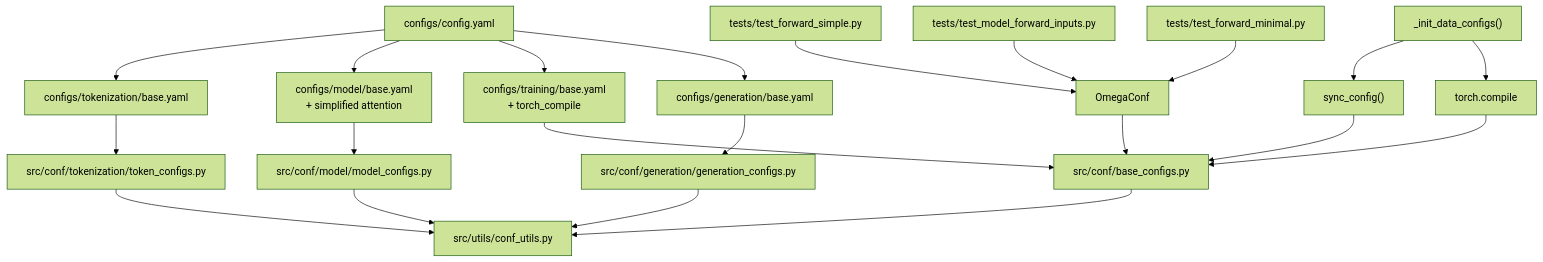
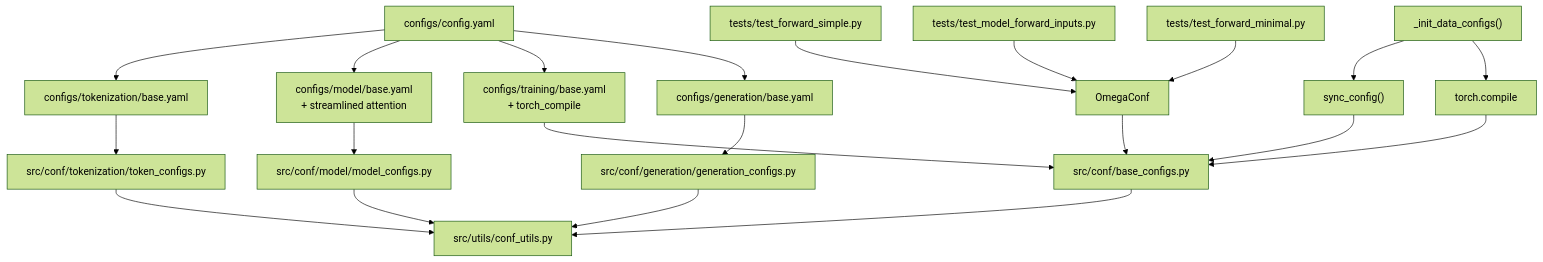
One commit to alibaba/graph-gpt changed diagram 12 of 12 in .qoder/repowiki/en/content/Configuration System/Configuration System.md. Above: the diagram before and after it, drawn with Mermaid (forest theme). The commit also changed other lines of this file and 6 other files, not shown here.

````diff
--- a/.qoder/repowiki/en/content/Configuration System/Configuration System.md
+++ b/.qoder/repowiki/en/content/Configuration System/Configuration System.md
@@ -824,23 +825,23 @@
 ```mermaid
 graph TB
 Y1["configs/tokenization/base.yaml"] --> DC1["src/conf/tokenization/token_configs.py"]
-Y2["configs/model/base.yaml<br/>+ simplified attention"] --> DC2["src/conf/model/model_configs.py"]
+Y2["configs/model/base.yaml<br/>+ streamlined attention"] --> DC2["src/conf/model/model_configs.py"]
 Y3["configs/training/base.yaml<br/>+ torch_compile"] --> DC3["src/conf/base_configs.py"]
 Y4["configs/generation/base.yaml"] --> DC4["src/conf/generation/generation_configs.py"]
 DC1 --> U["src/utils/conf_utils.py"]
 DC2 --> U
 DC3 --> U
 DC4 --> U
 Orchestrator["configs/config.yaml"] --> Y1
 Orchestrator --> Y2
 Orchestrator --> Y3
 Orchestrator --> Y4
 T1["tests/test_forward_simple.py"] --> OC["OmegaConf"]
 T2["tests/test_model_forward_inputs.py"] --> OC
 T3["tests/test_forward_minimal.py"] --> OC
 OC --> DC3
 Sync["sync_config()"] --> DC3
 Compile["torch.compile"] --> DC3
 Pipeline["_init_data_configs()"] --> Sync
 Pipeline --> Compile
 ```
````
